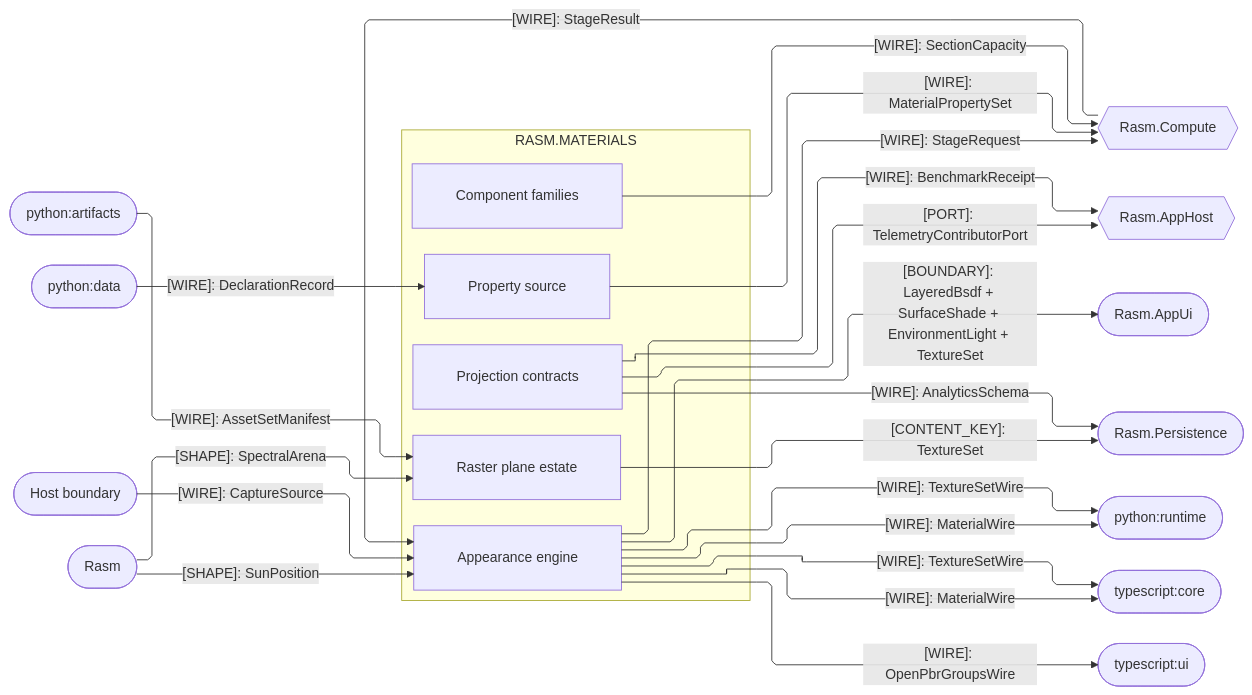
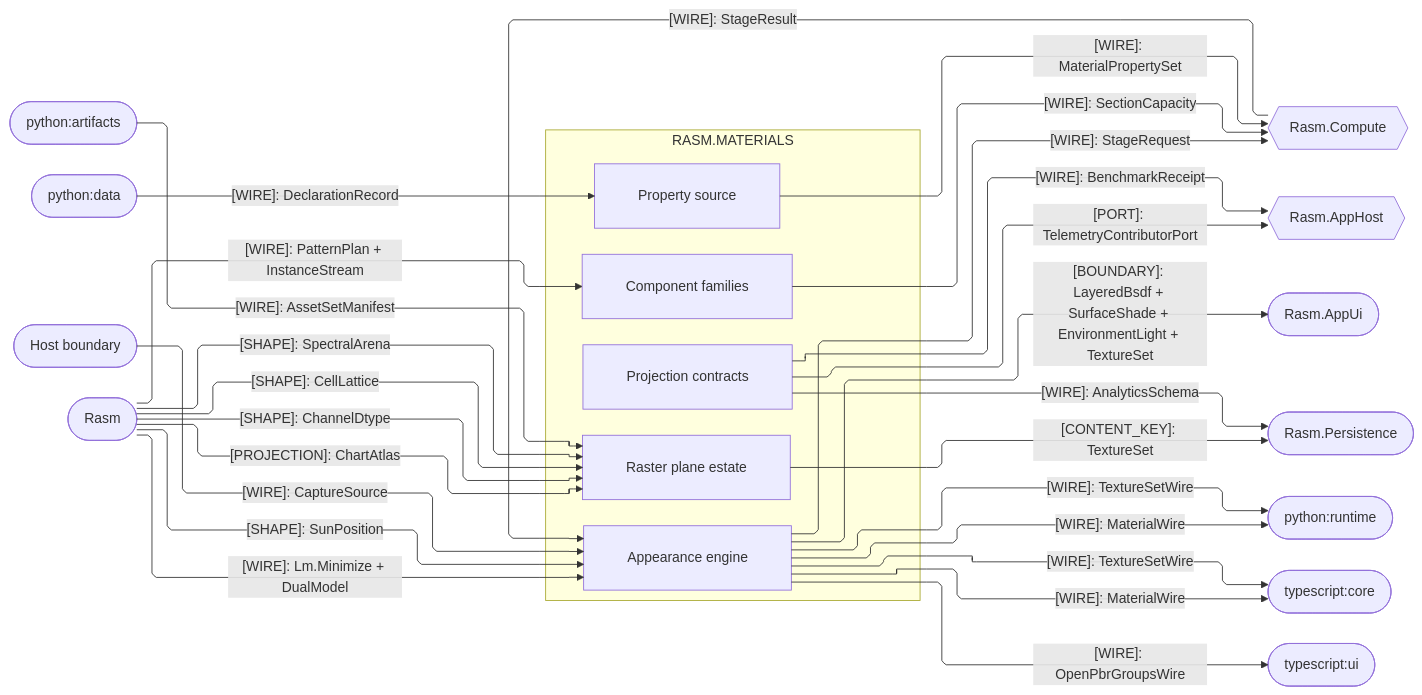
Before and after one commit to bsamiee/Rasm: the third of 3 diagrams in libs/csharp/Rasm.Materials/ARCHITECTURE.md, drawn with Mermaid. The commit also changed 16 other files, not shown here.

````diff
--- a/libs/csharp/Rasm.Materials/ARCHITECTURE.md
+++ b/libs/csharp/Rasm.Materials/ARCHITECTURE.md
@@ -148,49 +148,54 @@
 ```mermaid
 ---
 config:
   layout: elk
   flowchart:
     curve: linear
     padding: 25
 ---
 flowchart LR
     accTitle: Materials platform, compute, and cross-runtime seams
-    accDescr: Materials sub-domain owners exchanging capacity, property, appearance, capture, telemetry, benchmark, and analytics wires plus artifact content keys with the kernel almanac, compute, the app host spine, the persistence store plane, the render host, the Python artifacts and runtime peers, and the TypeScript core and viewer peers, one edge per contract family labeled by kind.
+    accDescr: Materials sub-domain owners exchanging capacity, property, appearance, capture, telemetry, benchmark, and analytics wires, kernel lattice, storage, solver, atlas, and pattern crossings, plus artifact content keys with the kernel almanac, compute, the app host spine, the persistence store plane, the render host, the Python artifacts and runtime peers, and the TypeScript core and viewer peers, one edge per contract family labeled by kind.
     subgraph materials[RASM.MATERIALS]
         Component[Component families]
         Properties[Property source]
         Appearance[Appearance engine]
         Raster[Raster plane estate]
         Projection[Projection contracts]
     end
     Compute{{Rasm.Compute}}
     AppHost{{Rasm.AppHost}}
     AppUi([Rasm.AppUi])
     Persistence([Rasm.Persistence])
     PyArtifacts([python:artifacts])
     PyData([python:data])
     PyRuntime([python:runtime])
     Core([typescript:core])
     Ui([typescript:ui])
     Host([Host boundary])
     Rasm([Rasm])
     Rasm e18@-->|"[SHAPE]: SunPosition"| Appearance
     Rasm e19@-->|"[SHAPE]: SpectralArena"| Raster
+    Rasm e21@-->|"[SHAPE]: CellLattice"| Raster
+    Rasm e22@-->|"[SHAPE]: ChannelDtype"| Raster
+    Rasm e23@-->|"[PROJECTION]: ChartAtlas"| Raster
+    Rasm e24@-->|"[WIRE]: Lm.Minimize + DualModel"| Appearance
+    Rasm e25@-->|"[WIRE]: PatternPlan + InstanceStream"| Component
     Component e1@-->|"[WIRE]: SectionCapacity"| Compute
     Properties e2@-->|"[WIRE]: MaterialPropertySet"| Compute
     Appearance e11@-->|"[WIRE]: StageRequest"| Compute
     Compute e12@-->|"[WIRE]: StageResult"| Appearance
     Appearance e4@-->|"[BOUNDARY]: LayeredBsdf + SurfaceShade + EnvironmentLight + TextureSet"| AppUi
     Appearance e5@-->|"[WIRE]: MaterialWire"| Core
     Appearance e13@-->|"[WIRE]: MaterialWire"| PyRuntime
     Appearance e14@-->|"[WIRE]: TextureSetWire"| Core
     Appearance e15@-->|"[WIRE]: TextureSetWire"| PyRuntime
     Appearance e6@-->|"[WIRE]: OpenPbrGroupsWire"| Ui
     PyArtifacts e16@-->|"[WIRE]: AssetSetManifest"| Raster
     PyData e20@-->|"[WIRE]: DeclarationRecord"| Properties
     Host e7@-->|"[WIRE]: CaptureSource"| Appearance
     Projection e8@-->|"[PORT]: TelemetryContributorPort"| AppHost
     Projection e9@-->|"[WIRE]: BenchmarkReceipt"| AppHost
     Projection e10@-->|"[WIRE]: AnalyticsSchema"| Persistence
     Raster e17@-->|"[CONTENT_KEY]: TextureSet"| Persistence
 ```
````
